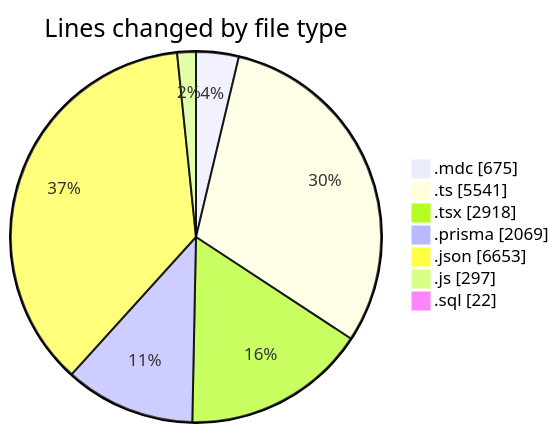
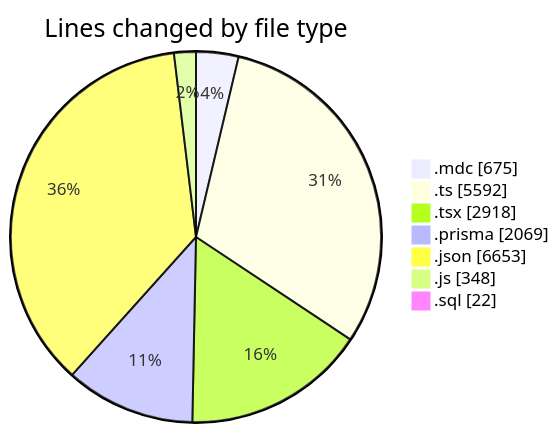
The first of 2 diagrams in 2025-06-05/ecodeli-1/README.md (CELIANVF/code-tracking), drawn with Mermaid before and after one commit. The commit also changed other lines of this file and 1 other file, not shown here.

````diff
--- a/2025-06-05/ecodeli-1/README.md
+++ b/2025-06-05/ecodeli-1/README.md
@@ -53,11 +56,11 @@
 ```mermaid
 pie showData
 title Lines changed by file type
 ".mdc" : 675
-".ts" : 5541
+".ts" : 5592
 ".tsx" : 2918
 ".prisma" : 2069
 ".json" : 6653
-".js" : 297
+".js" : 348
 ".sql" : 22
 ```
````
